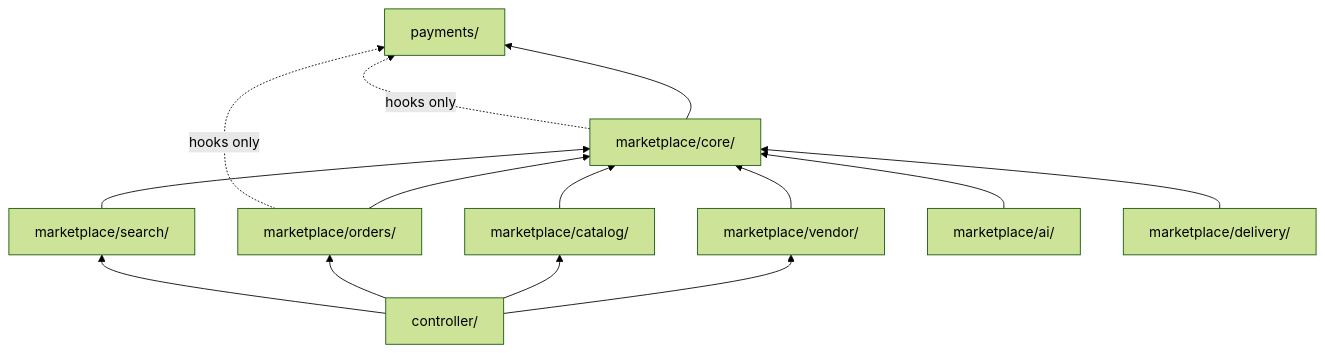
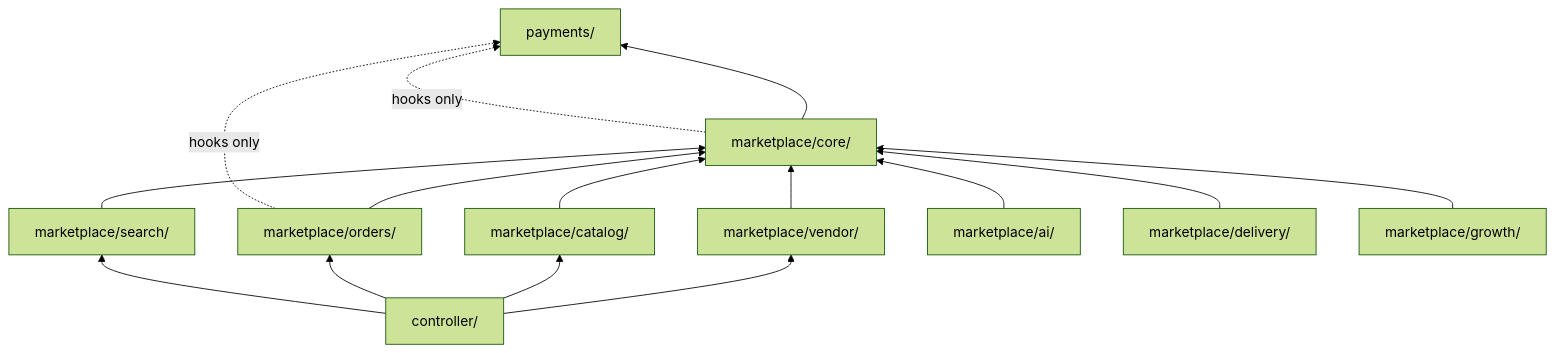
Before and after one commit to BoneraBlaise/yebone-backend: the second of 7 diagrams in docs/PLATFORM_ARCHITECTURE.md, drawn with Mermaid (forest theme). The commit also changed other lines of this file and 31 other files, not shown here.

````diff
--- a/docs/PLATFORM_ARCHITECTURE.md
+++ b/docs/PLATFORM_ARCHITECTURE.md
@@ -105,26 +106,28 @@
 ```mermaid
 flowchart BT
   Pay[payments/]
   Core[marketplace/core/]
   Vendor[marketplace/vendor/]
   Catalog[marketplace/catalog/]
   Orders[marketplace/orders/]
   Search[marketplace/search/]
   AI[marketplace/ai/]
   Delivery[marketplace/delivery/]
+  Growth[marketplace/growth/]
   Ctrl[controller/]
 
   Core --> Pay
   Vendor --> Core
   Catalog --> Core
   Orders --> Core
   Search --> Core
   AI --> Core
   Delivery --> Core
+  Growth --> Core
   Ctrl --> Vendor
   Ctrl --> Catalog
   Ctrl --> Orders
   Ctrl --> Search
   Orders -.->|hooks only| Pay
   Core -.->|hooks only| Pay
 ```
````
